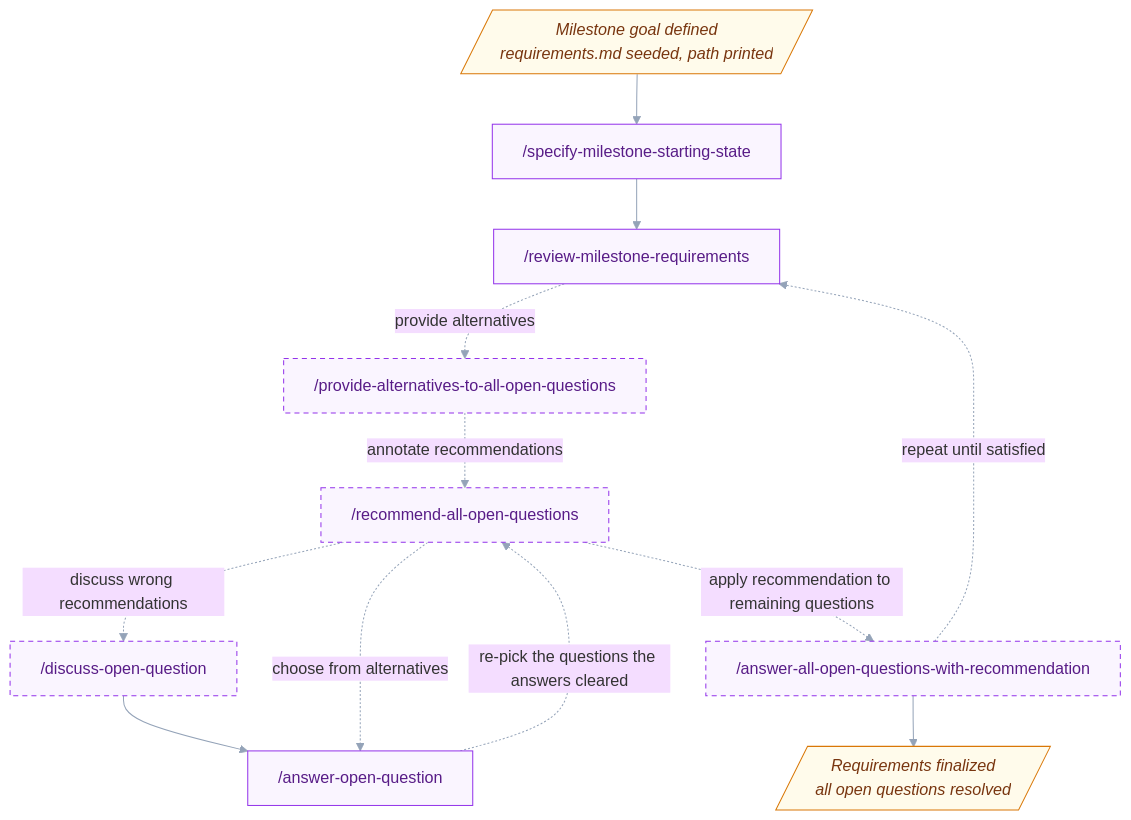
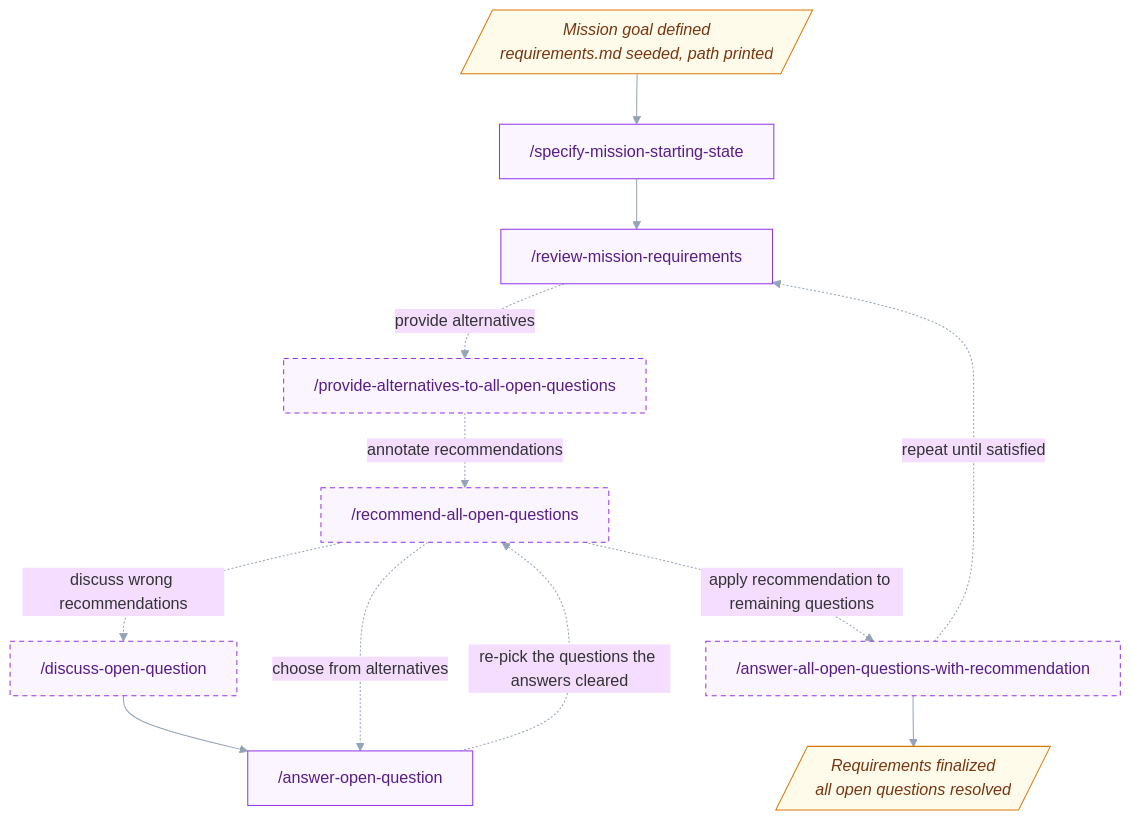
The third of 6 diagrams in docs/workflow.md (uHappyLogic/gurita), drawn with Mermaid before and after one commit. The commit also changed other lines of this file and 4 other files, not shown here.

````diff
--- a/docs/workflow.md
+++ b/docs/workflow.md
@@ -58,34 +58,34 @@
 ```mermaid
 %%{init: {'theme':'base','themeVariables':{'fontFamily':'ui-sans-serif, system-ui','lineColor':'#94a3b8','primaryBorderColor':'#475569'},'flowchart':{'wrappingWidth':9999,'curve':'basis'}}}%%
 flowchart TD
-    D1[/"Milestone goal defined<br/>requirements.md seeded, path printed"/]
-    ITM0["/specify-milestone-starting-state"]
-    ITM1["/review-milestone-requirements"]
+    D1[/"Mission goal defined<br/>requirements.md seeded, path printed"/]
+    ITM0["/specify-mission-starting-state"]
+    ITM1["/review-mission-requirements"]
     ITM2["/provide-alternatives-to-all-open-questions"]
     ITM3["/discuss-open-question"]
     ITM4["/answer-open-question"]
     ITM5["/recommend-all-open-questions"]
     ITM8["/answer-all-open-questions-with-recommendation"]
     D2[/"Requirements finalized<br/>all open questions resolved"/]
 
     D1 --> ITM0 --> ITM1
 
     ITM1 -.->|provide alternatives| ITM2
     ITM2 -.->|annotate recommendations| ITM5
     ITM5 -.->|discuss wrong recommendations| ITM3 --> ITM4
     ITM5 -.->|choose from alternatives| ITM4
 
     ITM4 -.->|re-pick the questions the answers cleared| ITM5
     ITM5 -.->|apply recommendation to remaining questions| ITM8
 
     ITM8 -.->|repeat until satisfied| ITM1
 
     ITM8 --> D2
 
     classDef req fill:#faf5ff,stroke:#9333ea,color:#581c87;
     classDef optional stroke-dasharray:5 4;
     classDef state fill:#fffbeb,stroke:#d97706,color:#78350f,font-style:italic;
     class ITM0,ITM1,ITM2,ITM3,ITM4,ITM5,ITM8 req;
     class ITM2,ITM3,ITM5,ITM8 optional;
     class D1,D2 state;
 ```
````
